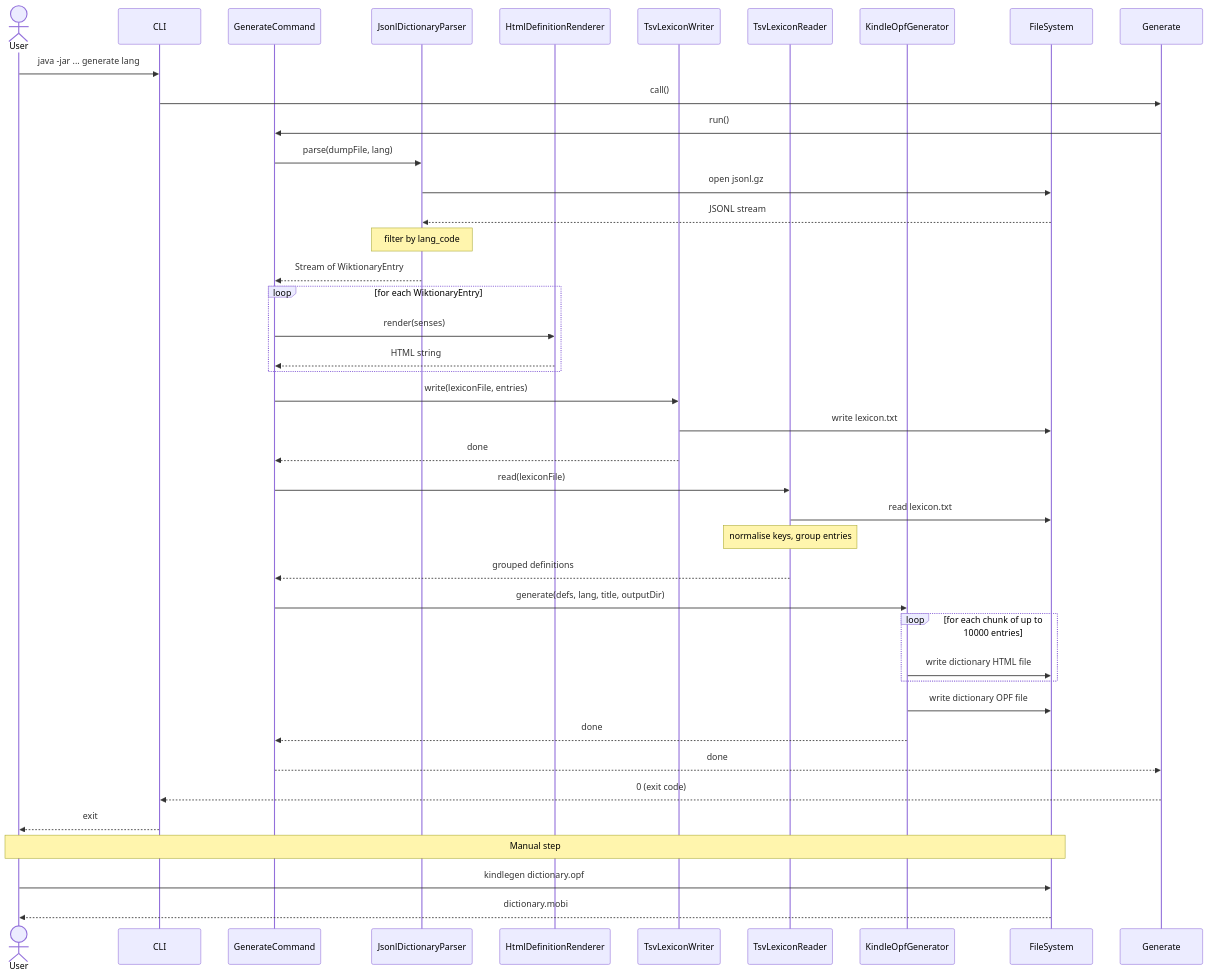
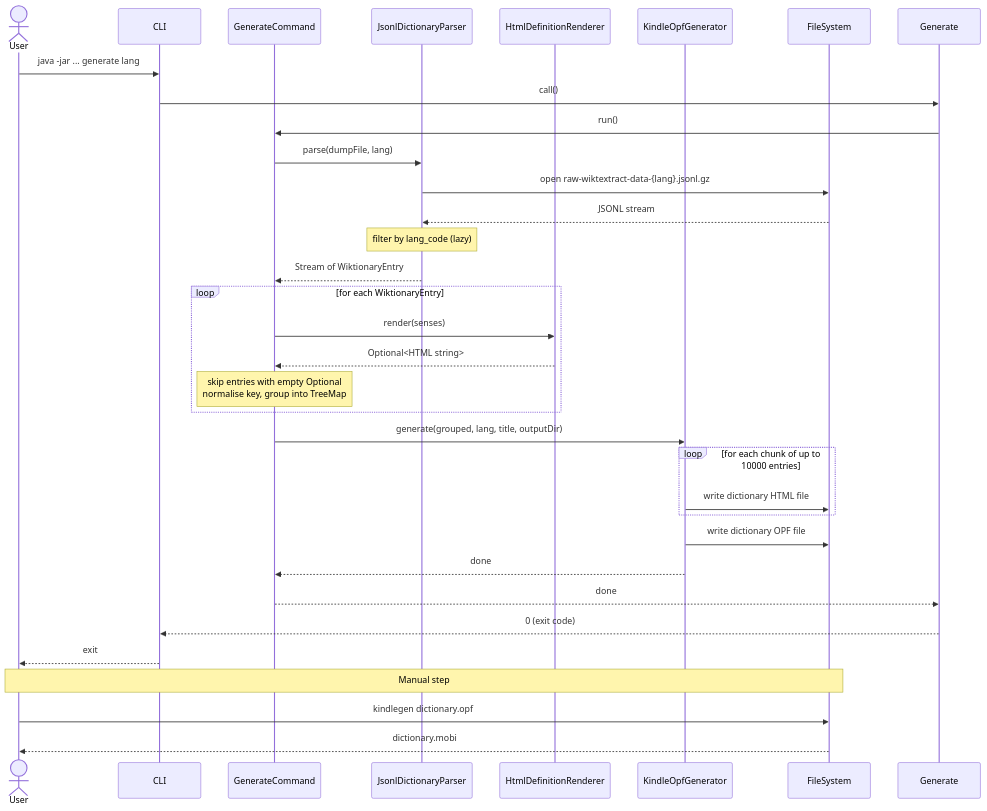
The second of 2 diagrams in docs/program-flow.md (nyg/wiktionary-to-kindle), drawn with Mermaid before and after one commit. The commit also changed other lines of this file and 21 other files, not shown here.

Commit message:
refactor: streaming parser, records, Optional renderer, remove TSV step, non-English download (#41)

````diff
--- a/docs/program-flow.md
+++ b/docs/program-flow.md
@@ -39,52 +39,42 @@
 ```mermaid
 sequenceDiagram
     actor User
     participant CLI
     participant GenerateCommand
     participant JsonlDictionaryParser
     participant HtmlDefinitionRenderer
-    participant TsvLexiconWriter
-    participant TsvLexiconReader
     participant KindleOpfGenerator
     participant FileSystem
 
     User->>CLI: java -jar ... generate lang
     CLI->>Generate: call()
     Generate->>GenerateCommand: run()
 
     GenerateCommand->>JsonlDictionaryParser: parse(dumpFile, lang)
-    JsonlDictionaryParser->>FileSystem: open jsonl.gz
+    JsonlDictionaryParser->>FileSystem: open raw-wiktextract-data-{lang}.jsonl.gz
     FileSystem-->>JsonlDictionaryParser: JSONL stream
-    Note over JsonlDictionaryParser: filter by lang_code
+    Note over JsonlDictionaryParser: filter by lang_code (lazy)
     JsonlDictionaryParser-->>GenerateCommand: Stream of WiktionaryEntry
 
     loop for each WiktionaryEntry
         GenerateCommand->>HtmlDefinitionRenderer: render(senses)
-        HtmlDefinitionRenderer-->>GenerateCommand: HTML string
+        HtmlDefinitionRenderer-->>GenerateCommand: Optional<HTML string>
+        Note over GenerateCommand: skip entries with empty Optional<br/>normalise key, group into TreeMap
     end
 
-    GenerateCommand->>TsvLexiconWriter: write(lexiconFile, entries)
-    TsvLexiconWriter->>FileSystem: write lexicon.txt
-    TsvLexiconWriter-->>GenerateCommand: done
-
-    GenerateCommand->>TsvLexiconReader: read(lexiconFile)
-    TsvLexiconReader->>FileSystem: read lexicon.txt
-    Note over TsvLexiconReader: normalise keys, group entries
-    TsvLexiconReader-->>GenerateCommand: grouped definitions
-
-    GenerateCommand->>KindleOpfGenerator: generate(defs, lang, title, outputDir)
+    GenerateCommand->>KindleOpfGenerator: generate(grouped, lang, title, outputDir)
 
     loop for each chunk of up to 10000 entries
         KindleOpfGenerator->>FileSystem: write dictionary HTML file
     end
 
     KindleOpfGenerator->>FileSystem: write dictionary OPF file
     KindleOpfGenerator-->>GenerateCommand: done
     GenerateCommand-->>Generate: done
     Generate-->>CLI: 0 (exit code)
     CLI-->>User: exit
 
     Note over User,FileSystem: Manual step
     User->>FileSystem: kindlegen dictionary.opf
     FileSystem-->>User: dictionary.mobi
 ```
````
